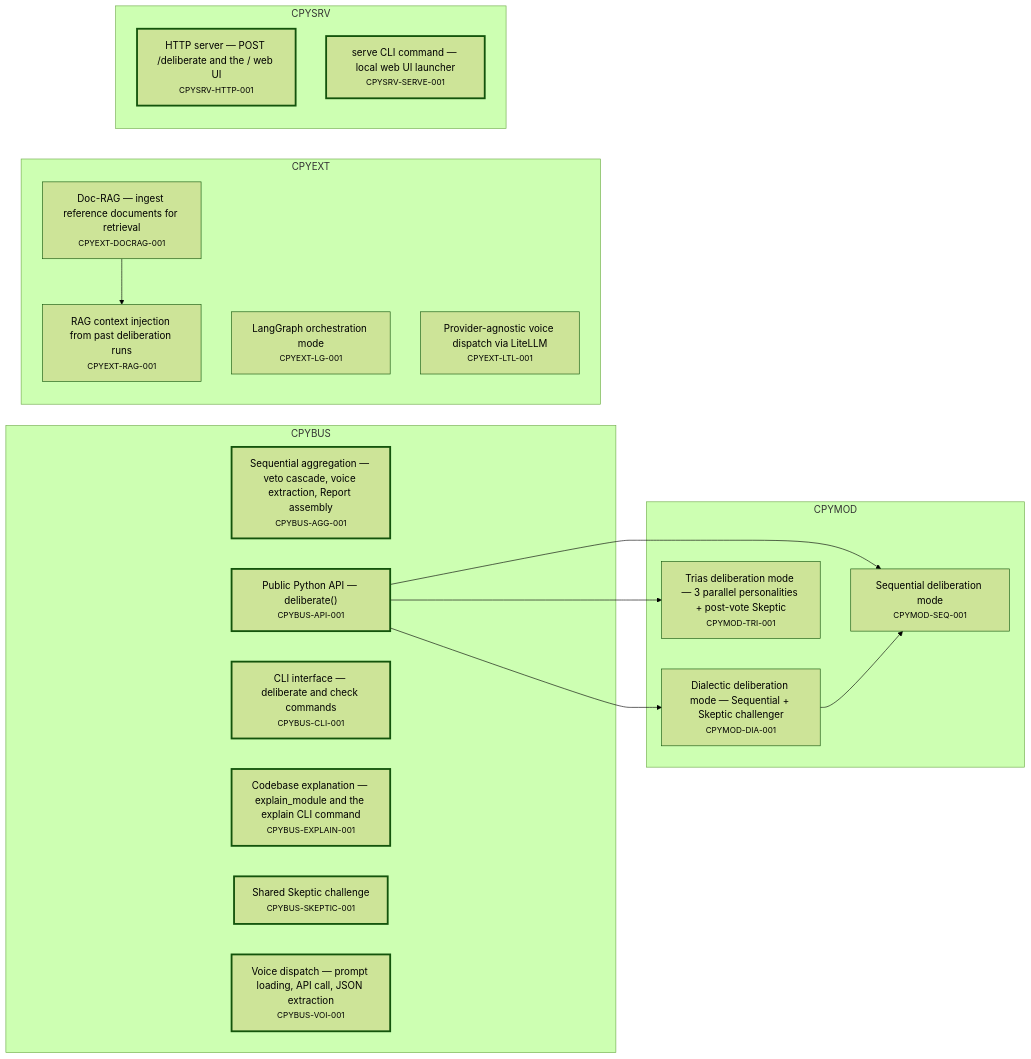
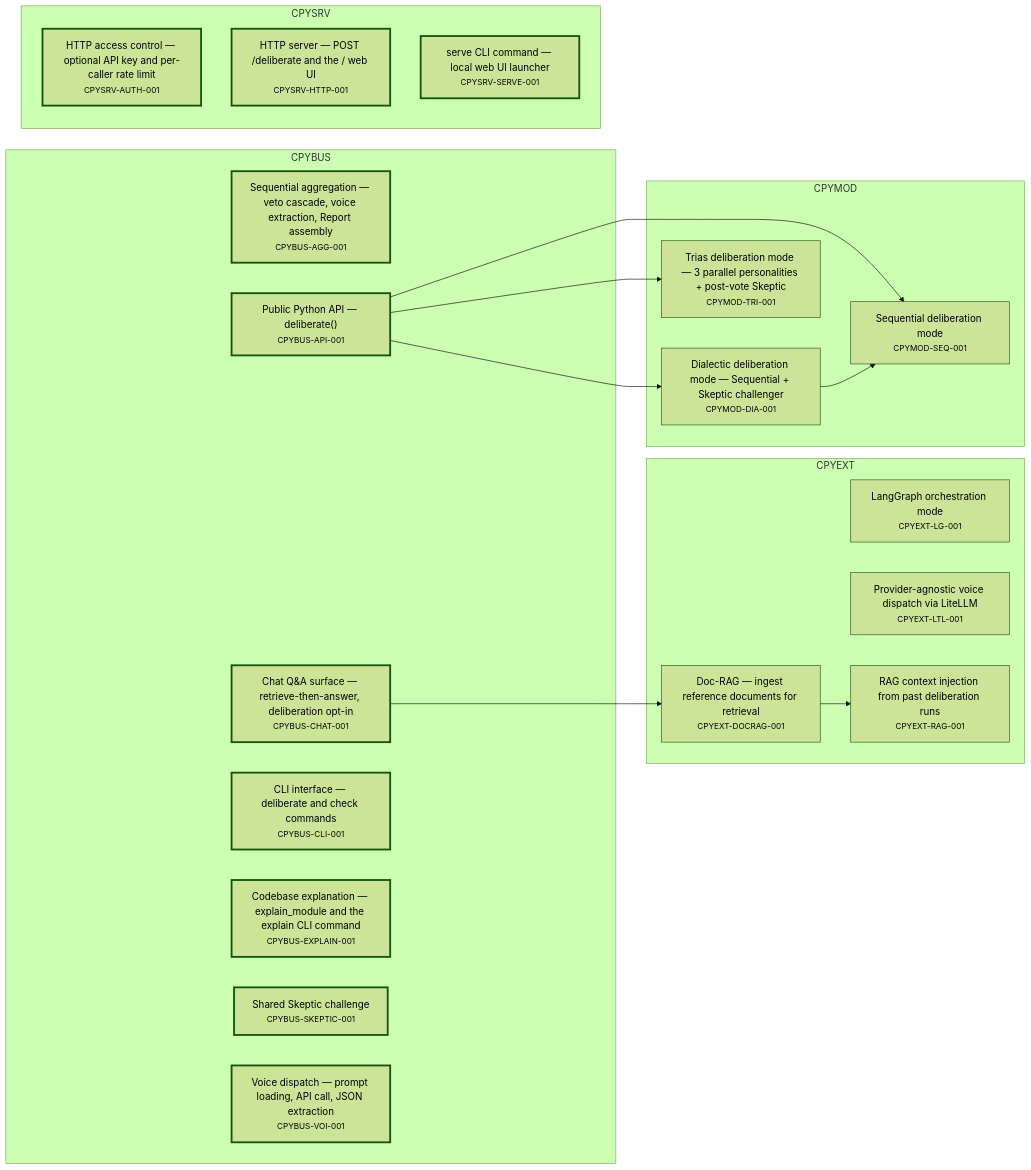
One commit to alxmax/Consilium-py changed the first of 4 diagrams in requirements/_map.md. Above: the diagram before and after it, drawn with Mermaid (forest theme). The commit also changed other lines of this file and 21 other files, not shown here.

````diff
--- a/requirements/_map.md
+++ b/requirements/_map.md
@@ -13,39 +13,44 @@
 ```mermaid
 graph LR
   subgraph sg_CPYBUS["CPYBUS"]
     CPYBUS_AGG_001["Sequential aggregation — veto cascade, voice extraction, Report assembly<br><small>CPYBUS-AGG-001</small>"]
     CPYBUS_API_001["Public Python API — deliberate()<br><small>CPYBUS-API-001</small>"]
+    CPYBUS_CHAT_001["Chat Q&A surface — retrieve-then-answer, deliberation opt-in<br><small>CPYBUS-CHAT-001</small>"]
     CPYBUS_CLI_001["CLI interface — deliberate and check commands<br><small>CPYBUS-CLI-001</small>"]
     CPYBUS_EXPLAIN_001["Codebase explanation — explain_module and the explain CLI command<br><small>CPYBUS-EXPLAIN-001</small>"]
     CPYBUS_SKEPTIC_001["Shared Skeptic challenge<br><small>CPYBUS-SKEPTIC-001</small>"]
     CPYBUS_VOI_001["Voice dispatch — prompt loading, API call, JSON extraction<br><small>CPYBUS-VOI-001</small>"]
   end
   subgraph sg_CPYEXT["CPYEXT"]
     CPYEXT_DOCRAG_001["Doc-RAG — ingest reference documents for retrieval<br><small>CPYEXT-DOCRAG-001</small>"]
     CPYEXT_LG_001["LangGraph orchestration mode<br><small>CPYEXT-LG-001</small>"]
     CPYEXT_LTL_001["Provider-agnostic voice dispatch via LiteLLM<br><small>CPYEXT-LTL-001</small>"]
     CPYEXT_RAG_001["RAG context injection from past deliberation runs<br><small>CPYEXT-RAG-001</small>"]
   end
   subgraph sg_CPYMOD["CPYMOD"]
     CPYMOD_DIA_001["Dialectic deliberation mode — Sequential + Skeptic challenger<br><small>CPYMOD-DIA-001</small>"]
     CPYMOD_SEQ_001["Sequential deliberation mode<br><small>CPYMOD-SEQ-001</small>"]
     CPYMOD_TRI_001["Trias deliberation mode — 3 parallel personalities + post-vote Skeptic<br><small>CPYMOD-TRI-001</small>"]
   end
   subgraph sg_CPYSRV["CPYSRV"]
+    CPYSRV_AUTH_001["HTTP access control — optional API key and per-caller rate limit<br><small>CPYSRV-AUTH-001</small>"]
     CPYSRV_HTTP_001["HTTP server — POST /deliberate and the / web UI<br><small>CPYSRV-HTTP-001</small>"]
     CPYSRV_SERVE_001["serve CLI command — local web UI launcher<br><small>CPYSRV-SERVE-001</small>"]
   end
   CPYBUS_API_001 --> CPYMOD_SEQ_001
   CPYBUS_API_001 --> CPYMOD_DIA_001
   CPYBUS_API_001 --> CPYMOD_TRI_001
+  CPYBUS_CHAT_001 --> CPYEXT_DOCRAG_001
   CPYEXT_DOCRAG_001 --> CPYEXT_RAG_001
   CPYMOD_DIA_001 --> CPYMOD_SEQ_001
   style CPYBUS_AGG_001 stroke-width:3px
   style CPYBUS_API_001 stroke-width:3px
+  style CPYBUS_CHAT_001 stroke-width:3px
   style CPYBUS_CLI_001 stroke-width:3px
   style CPYBUS_EXPLAIN_001 stroke-width:3px
   style CPYBUS_SKEPTIC_001 stroke-width:3px
   style CPYBUS_VOI_001 stroke-width:3px
+  style CPYSRV_AUTH_001 stroke-width:3px
   style CPYSRV_HTTP_001 stroke-width:3px
   style CPYSRV_SERVE_001 stroke-width:3px
 ```
````
